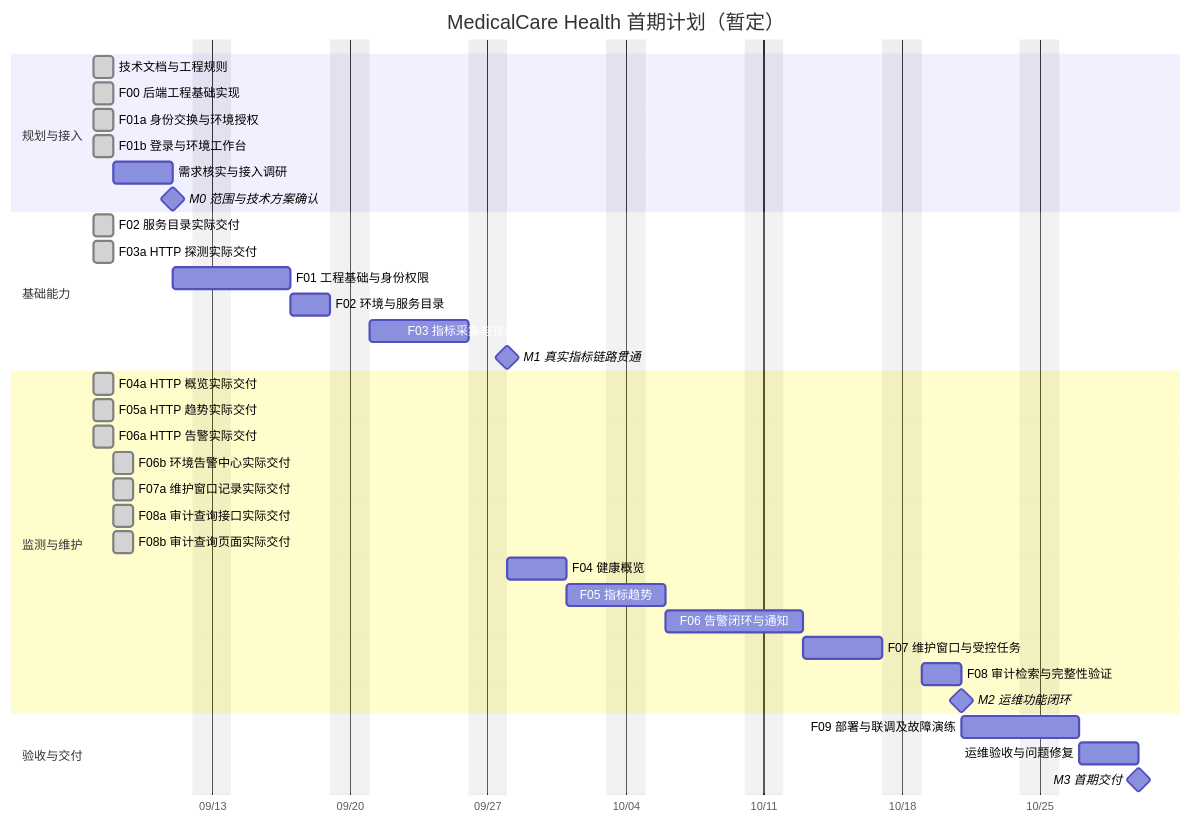
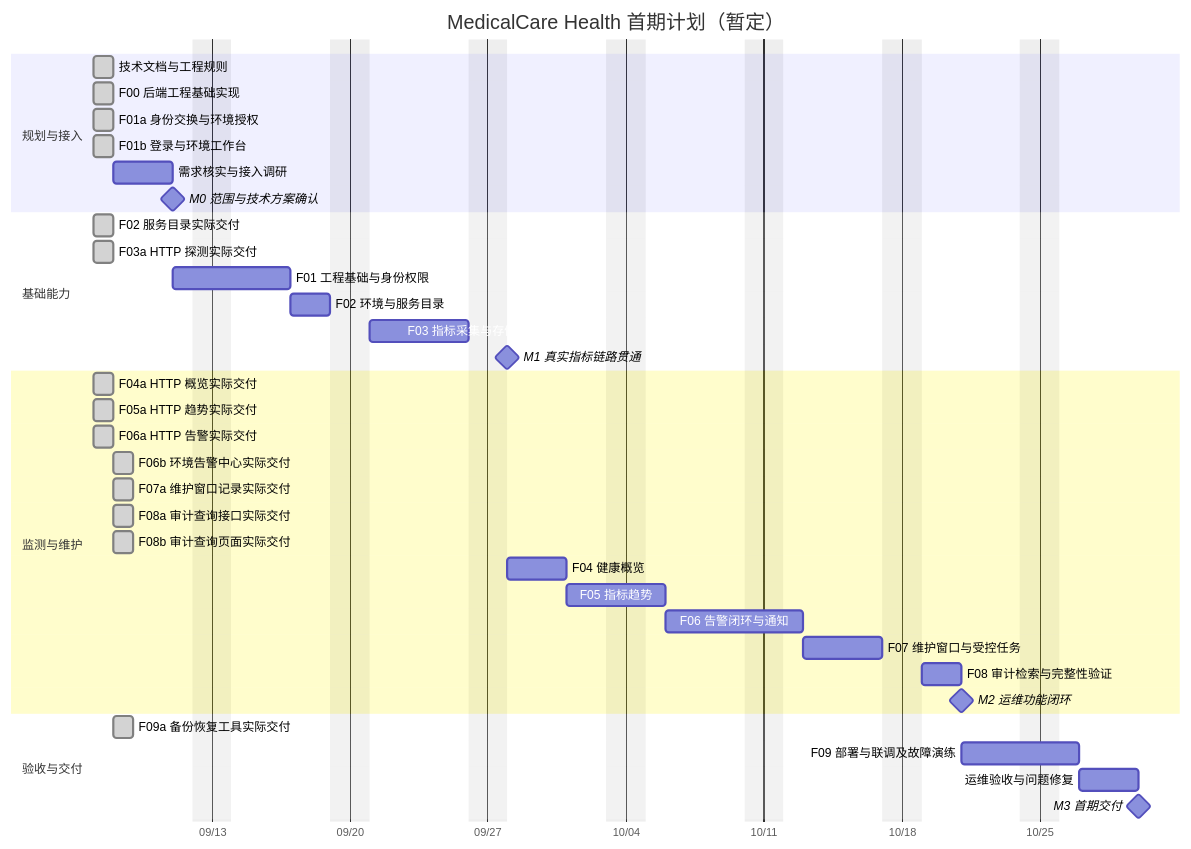
The diagram in docs/project-plan.md (lafie-s/MedicalCare_Health), drawn with Mermaid before and after one commit. The commit also changed other lines of this file and 8 other files, not shown here.

````diff
--- a/docs/project-plan.md
+++ b/docs/project-plan.md
@@ -13,39 +13,40 @@
 ```mermaid
 gantt
     title MedicalCare Health 首期计划（暂定）
     dateFormat YYYY-MM-DD
     axisFormat %m/%d
     excludes weekends
     section 规划与接入
     技术文档与工程规则              :done, docs, 2026-09-07, 1d
     F00 后端工程基础实现           :done, f00, 2026-09-07, 1d
     F01a 身份交换与环境授权        :done, f01a, 2026-09-07, 1d
     F01b 登录与环境工作台          :done, f01b, 2026-09-07, 1d
     需求核实与接入调研              :a0, 2026-09-08, 3d
     M0 范围与技术方案确认           :milestone, m0, after a0, 0d
     section 基础能力
     F02 服务目录实际交付           :done, f02actual, 2026-09-07, 1d
     F03a HTTP 探测实际交付         :done, f03actual, 2026-09-07, 1d
     F01 工程基础与身份权限          :a1, after m0, 4d
     F02 环境与服务目录              :a2, after a1, 2d
     F03 指标采集与存储接入          :a3, after a2, 5d
     M1 真实指标链路贯通             :milestone, m1, after a3, 0d
     section 监测与维护
     F04a HTTP 概览实际交付         :done, f04actual, 2026-09-07, 1d
     F05a HTTP 趋势实际交付         :done, f05actual, 2026-09-07, 1d
     F06a HTTP 告警实际交付         :done, f06actual, 2026-09-07, 1d
     F06b 环境告警中心实际交付     :done, f06bactual, 2026-09-08, 1d
     F07a 维护窗口记录实际交付     :done, f07aactual, 2026-09-08, 1d
     F08a 审计查询接口实际交付     :done, f08aactual, 2026-09-08, 1d
     F08b 审计查询页面实际交付     :done, f08bactual, 2026-09-08, 1d
     F04 健康概览                   :a4, after m1, 3d
     F05 指标趋势                   :a5, after a4, 3d
     F06 告警闭环与通知              :a6, after a5, 5d
     F07 维护窗口与受控任务          :a7, after a6, 4d
     F08 审计检索与完整性验证        :a8, after a7, 2d
     M2 运维功能闭环                :milestone, m2, after a8, 0d
     section 验收与交付
+    F09a 备份恢复工具实际交付     :done, f09aactual, 2026-09-08, 1d
     F09 部署与联调及故障演练        :a9, after m2, 4d
     运维验收与问题修复              :a10, after a9, 3d
     M3 首期交付                    :milestone, m3, after a10, 0d
 ```
````
